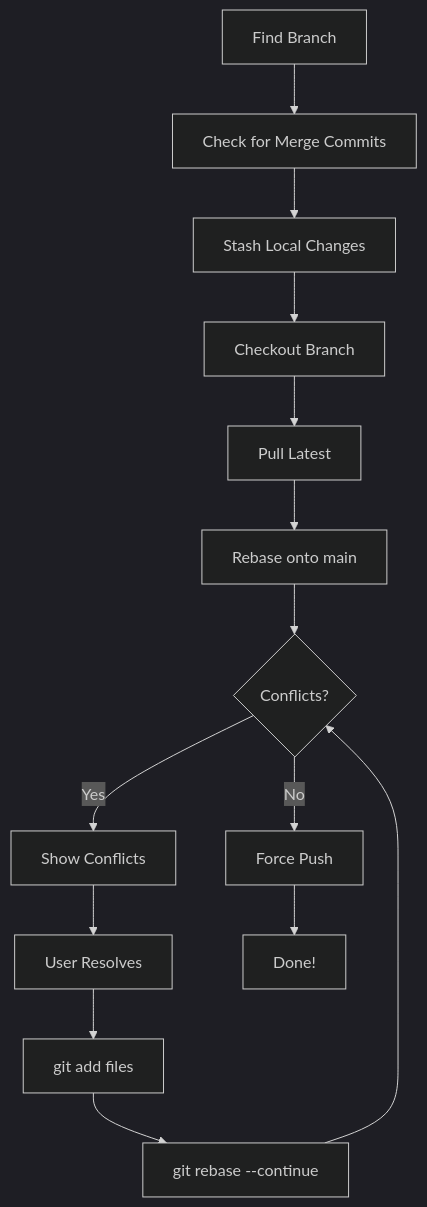
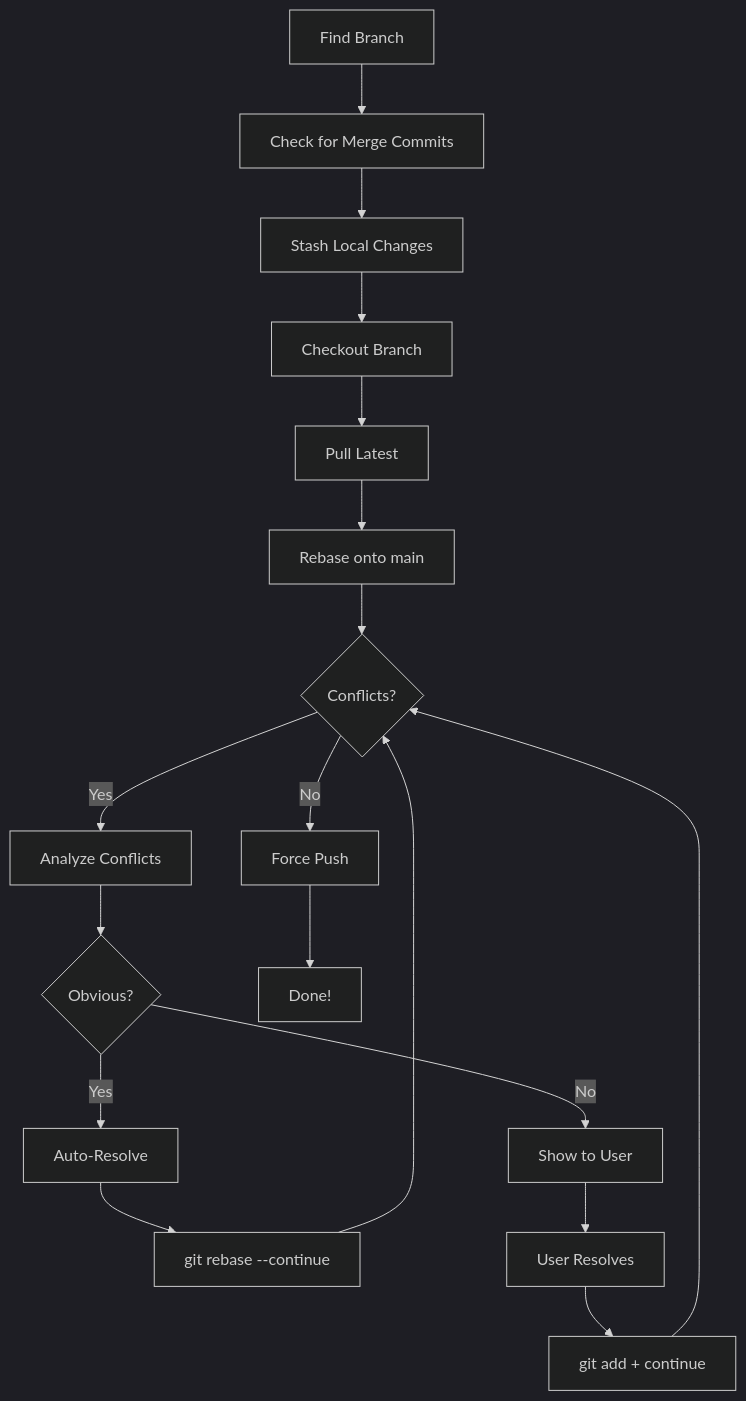
One commit to dmzoneill/redhat-ai-workflow changed diagram 11 of 22 in README.md. Above: the diagram before and after it, drawn with Mermaid (dark theme). The commit also changed other lines of this file and 1 other file, not shown here.

First line of the commit message:
feat: Auto-resolve obvious merge conflicts in rebase_pr

````diff
--- a/README.md
+++ b/README.md
@@ -602,16 +603,20 @@
 ```mermaid
 flowchart TD
     A[Find Branch] --> B[Check for Merge Commits]
     B --> C[Stash Local Changes]
     C --> D[Checkout Branch]
     D --> E[Pull Latest]
     E --> F[Rebase onto main]
     F --> G{Conflicts?}
     G -->|No| H[Force Push]
-    G -->|Yes| I[Show Conflicts]
-    I --> J[User Resolves]
-    J --> K[git add files]
+    G -->|Yes| I[Analyze Conflicts]
+    I --> J{Obvious?}
+    J -->|Yes| K[Auto-Resolve]
     K --> L[git rebase --continue]
     L --> G
-    H --> M[Done!]
+    J -->|No| M[Show to User]
+    M --> N[User Resolves]
+    N --> O[git add + continue]
+    O --> G
+    H --> P[Done!]
 ```
````
